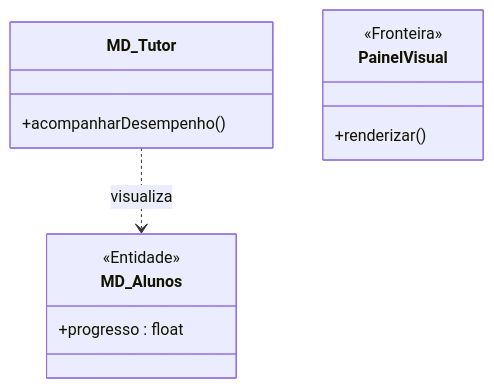
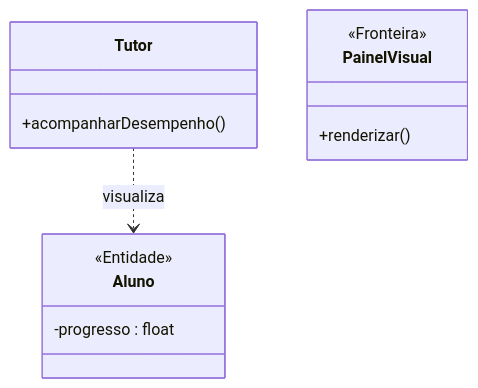
Diagram 11 of 30 in 01_Relatorios_e_Dashboard/DASHBOARD_VISUAL.md (MayconDIS/PIM_III-Documentacao_UML), drawn with Mermaid before and after one commit. The commit also changed other lines of this file and 234 other files, not shown here.

````diff
--- a/01_Relatorios_e_Dashboard/DASHBOARD_VISUAL.md
+++ b/01_Relatorios_e_Dashboard/DASHBOARD_VISUAL.md
@@ -228,15 +225,15 @@
 ```mermaid
 classDiagram
-    class MD_Tutor {
+    class Tutor {
         +acompanharDesempenho()
     }
-    class MD_Alunos {
+    class Aluno {
         <<Entidade>>
-        +progresso : float
+        -progresso : float
     }
     class PainelVisual {
         <<Fronteira>>
         +renderizar()
     }
-    MD_Tutor ..> MD_Alunos : visualiza
+    Tutor ..> Aluno : visualiza
 ```
````
